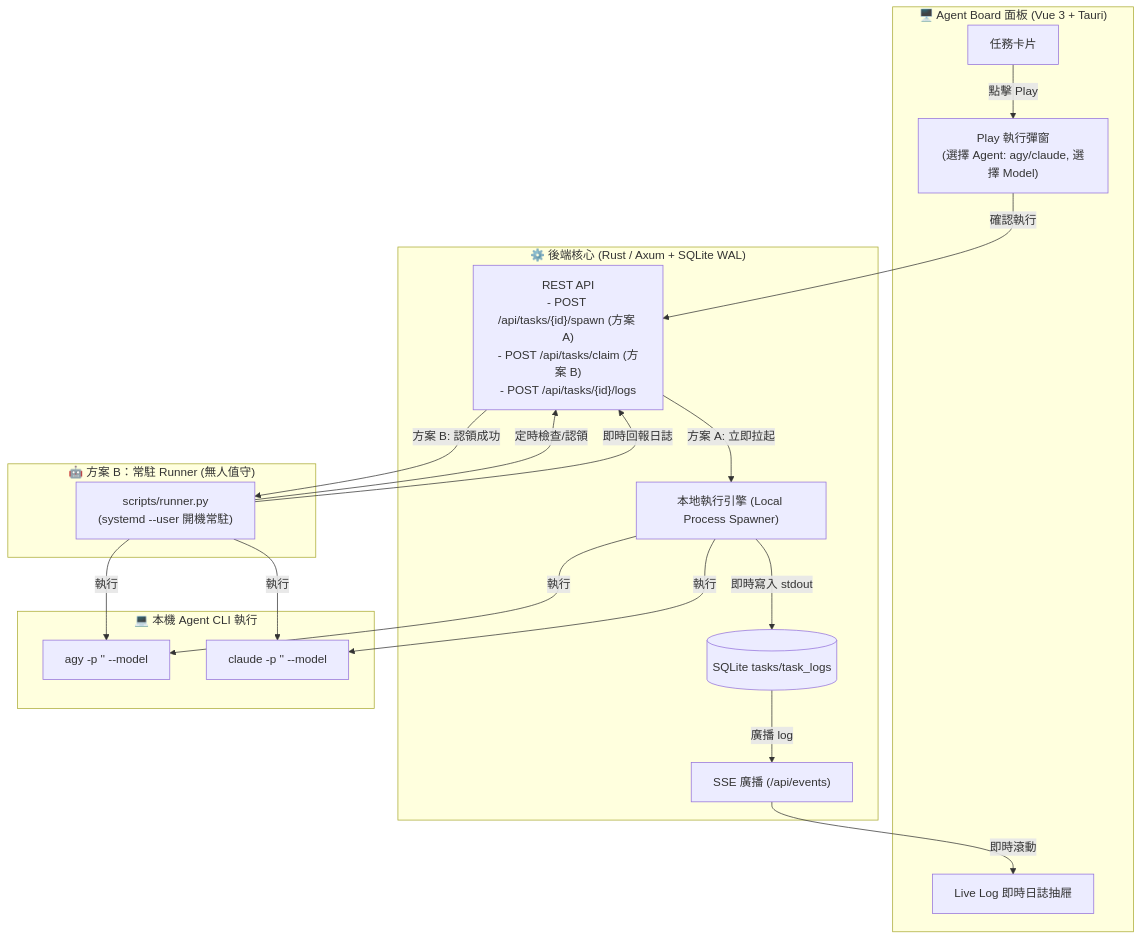
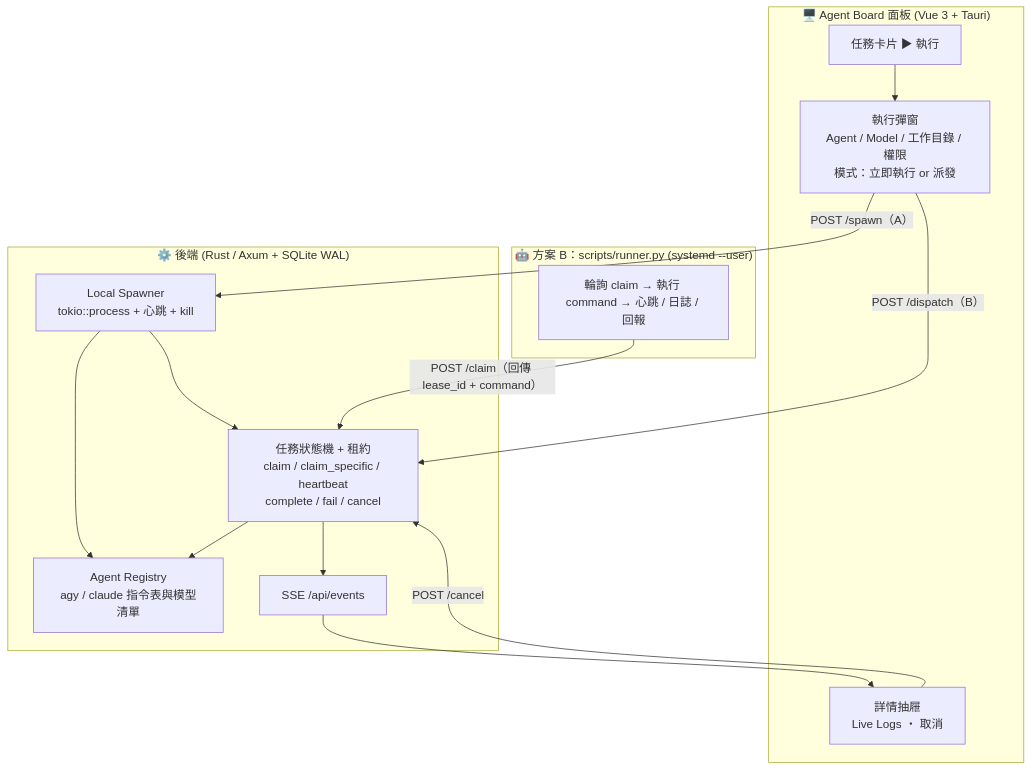
One commit to tigernaxoJr/AgentBoard changed the diagram in doc/hybrid_execution_plan.md. Above: the diagram before and after it, drawn with Mermaid. The commit also changed other lines of this file and 21 other files, not shown here.

First line of the commit message:
feat: hybrid execution — direct spawn from the board and runner dispatch

````diff
--- a/doc/hybrid_execution_plan.md
+++ b/doc/hybrid_execution_plan.md
@@ -16,41 +29,30 @@
 ```mermaid
 flowchart TD
     subgraph UI["🖥️ Agent Board 面板 (Vue 3 + Tauri)"]
-        Card["任務卡片"]
-        PlayModal["Play 執行彈窗\n(選擇 Agent: agy/claude, 選擇 Model)"]
-        LiveDrawer["Live Log 即時日誌抽屜"]
+        Card["任務卡片 ▶ 執行"]
+        RunModal["執行彈窗<br/>Agent / Model / 工作目錄 / 權限<br/>模式：立即執行 or 派發"]
+        Drawer["詳情抽屜<br/>Live Logs ・ 取消"]
     end
 
-    subgraph Backend["⚙️ 後端核心 (Rust / Axum + SQLite WAL)"]
-        API["REST API\n- POST /api/tasks/{id}/spawn (方案 A)\n- POST /api/tasks/claim (方案 B)\n- POST /api/tasks/{id}/logs"]
-        DB[(SQLite tasks/task_logs)]
-        SSE["SSE 廣播 (/api/events)"]
-        LocalSpawner["本地執行引擎 (Local Process Spawner)"]
+    subgraph Backend["⚙️ 後端 (Rust / Axum + SQLite WAL)"]
+        Registry["Agent Registry<br/>agy / claude 指令表與模型清單"]
+        Lifecycle["任務狀態機 + 租約<br/>claim / claim_specific / heartbeat<br/>complete / fail / cancel"]
+        Spawner["Local Spawner<br/>tokio::process + 心跳 + kill"]
+        SSE["SSE /api/events"]
     end
 
-    subgraph AutonomousWorker["🤖 方案 B：常駐 Runner (無人值守)"]
-        RunnerScript["scripts/runner.py\n(systemd --user 開機常駐)"]
+    subgraph Runner["🤖 方案 B：scripts/runner.py (systemd --user)"]
+        Poll["輪詢 claim → 執行 command → 心跳 / 日誌 / 回報"]
     end
 
-    subgraph CLI["💻 本機 Agent CLI 執行"]
-        AgyCLI["agy -p '<prompt>' --model <model>"]
-        ClaudeCLI["claude -p '<prompt>' --model <model>"]
-    end
-
-    %% 方案 A 流程
-    Card -->|點擊 Play| PlayModal
-    PlayModal -->|確認執行| API
-    API -->|方案 A: 立即拉起| LocalSpawner
-    LocalSpawner -->|執行| AgyCLI
-    LocalSpawner -->|執行| ClaudeCLI
-    LocalSpawner -->|即時寫入 stdout| DB
-    DB -->|廣播 log| SSE
-    SSE -->|即時滾動| LiveDrawer
-
-    %% 方案 B 流程
-    RunnerScript -->|定時檢查/認領| API
-    API -->|方案 B: 認領成功| RunnerScript
-    RunnerScript -->|執行| AgyCLI
-    RunnerScript -->|執行| ClaudeCLI
-    RunnerScript -->|即時回報日誌| API
+    Card --> RunModal
+    RunModal -->|"POST /spawn（A）"| Spawner
+    RunModal -->|"POST /dispatch（B）"| Lifecycle
+    Drawer -->|"POST /cancel"| Lifecycle
+    Spawner --> Lifecycle
+    Spawner --> Registry
+    Poll -->|"POST /claim（回傳 lease_id + command）"| Lifecycle
+    Lifecycle --> Registry
+    Lifecycle --> SSE
+    SSE --> Drawer
 ```
````
